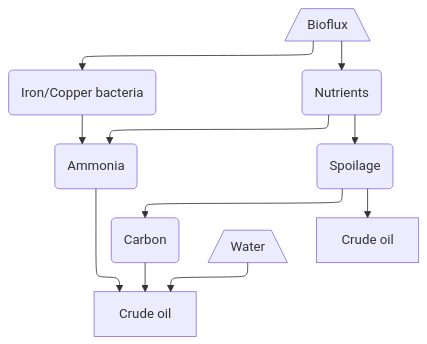
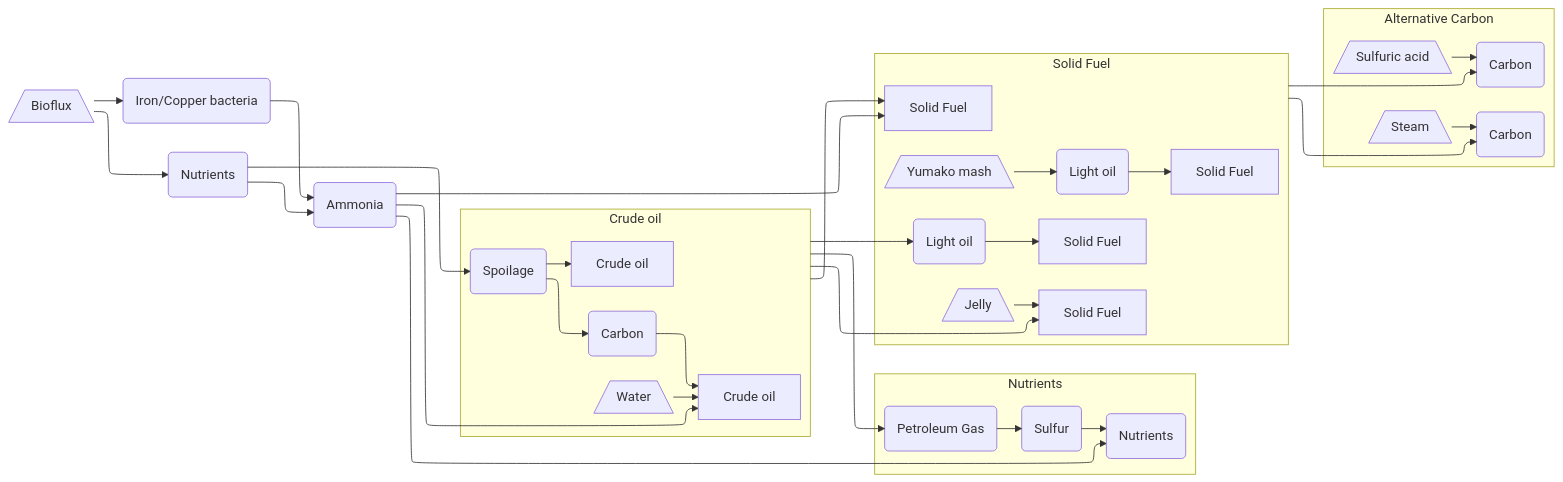
Before and after one commit to JTnadrooi/Project-Galore: the diagram in .docs/flowcharts/gleba_crude_oil.md, drawn with Mermaid. The commit also changed other lines of this file and 5 other files, not shown here.

````diff
--- a/.docs/flowcharts/gleba_crude_oil.md
+++ b/.docs/flowcharts/gleba_crude_oil.md
@@ -3,13 +3,47 @@
 ```mermaid
 ---
 config:
     flowchart:
         defaultRenderer: elk
 ---
-graph TB
+graph LR
     Bf[/Bioflux\] --> Ba(Iron/Copper bacteria) & Nu(Nutrients)
     Ba & Nu --> Am(Ammonia)
     Nu --> Sp(Spoilage) --> Ca(Carbon)
     H2o[/Water\] & Ca & Am --> OilAm[Crude oil]
     Sp  --> OilSp[Crude oil]
+
+    co --> Pg
+
+    subgraph an[Nutrients]
+        Pg(Petroleum Gas) --> Su(Sulfur)
+        Nu2(Nutrients)
+    end
+
+    Am & Su --> Nu2
+
+    subgraph asf[Solid Fuel]
+        Lo(Light oil) --> Sfpg[Solid Fuel]
+        Jl[/Jelly\] --> Sfoil[Solid Fuel]
+        Sfam[Solid Fuel]
+        Ym[/Yumako mash\] --> Loym(Light oil) --> Sflo[Solid Fuel]
+    end
+
+    co --> Sfoil
+    co --> Lo
+    Am & co--> Sfam
+
+    subgraph co[Crude oil]
+        OilSp[Crude oil]
+        OilAm[Crude oil]
+        H2o
+        Ca
+        Sp
+    end
+
+    subgraph aca[Alternative Carbon]
+        Sa[/Sulfuric acid\] --> Ca2(Carbon)
+        St[/Steam\] --> Ca3(Carbon)
+    end
+    asf --> Ca2 & Ca3
 ```
````
